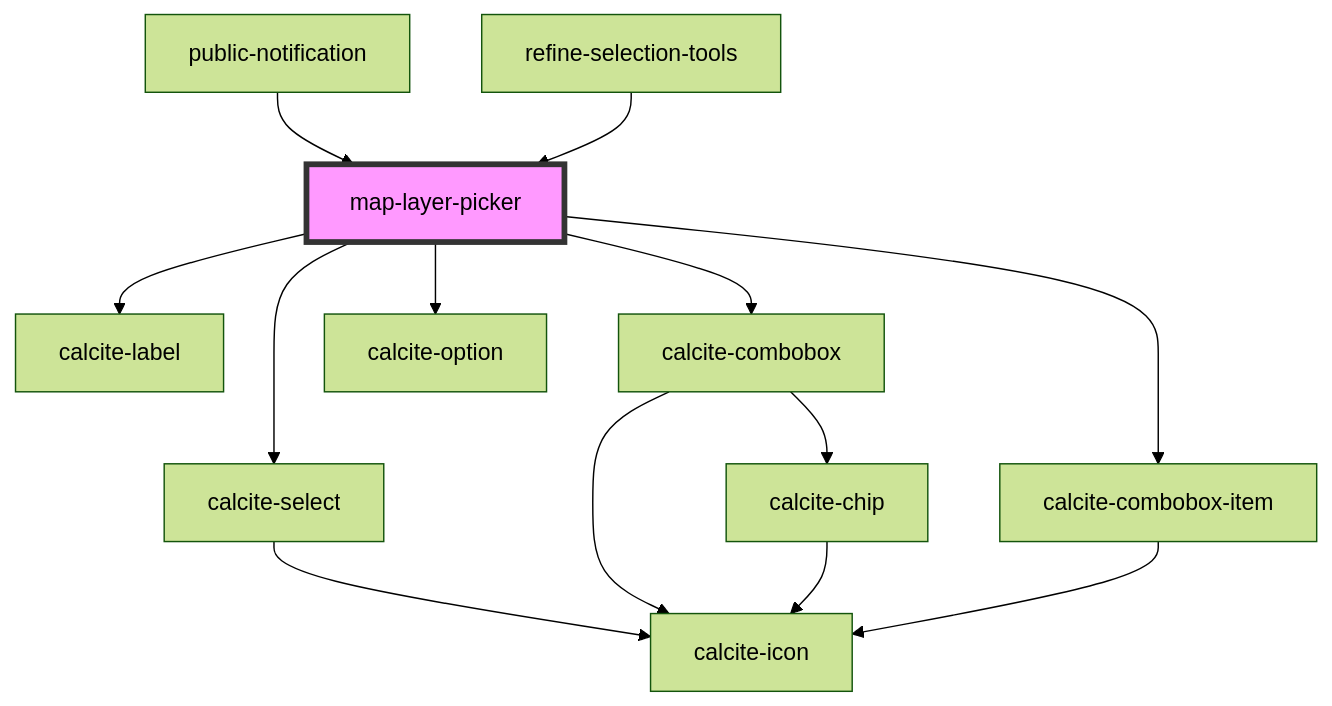
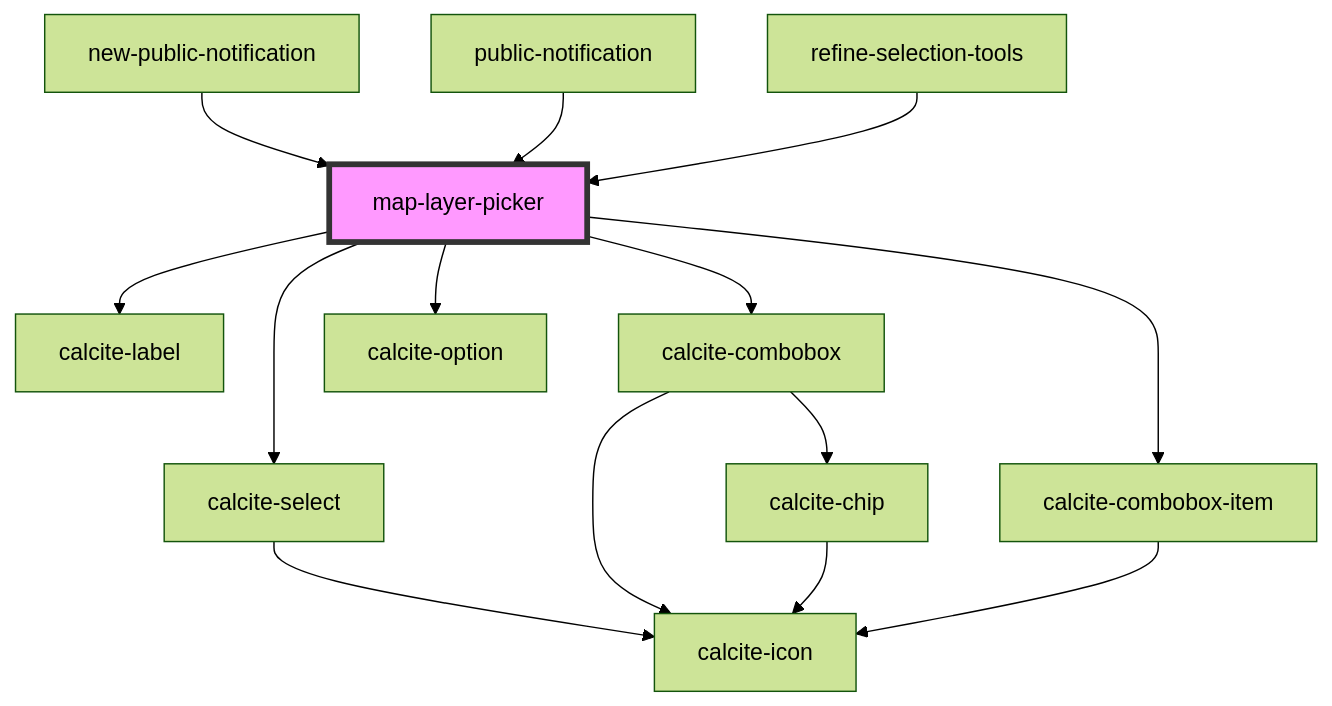
The diagram in src/components/map-layer-picker/readme.md (Esri/solutions-components), drawn with Mermaid (forest theme) before and after one commit. The commit also changed other lines of this file and 7 other files, not shown here.

````diff
--- a/src/components/map-layer-picker/readme.md
+++ b/src/components/map-layer-picker/readme.md
@@ -43,16 +44,17 @@
 ```mermaid
 graph TD;
   map-layer-picker --> calcite-label
   map-layer-picker --> calcite-select
   map-layer-picker --> calcite-combobox
   map-layer-picker --> calcite-combobox-item
   map-layer-picker --> calcite-option
   calcite-select --> calcite-icon
   calcite-combobox --> calcite-chip
   calcite-combobox --> calcite-icon
   calcite-chip --> calcite-icon
   calcite-combobox-item --> calcite-icon
+  new-public-notification --> map-layer-picker
   public-notification --> map-layer-picker
   refine-selection-tools --> map-layer-picker
   style map-layer-picker fill:#f9f,stroke:#333,stroke-width:4px
 ```
````
